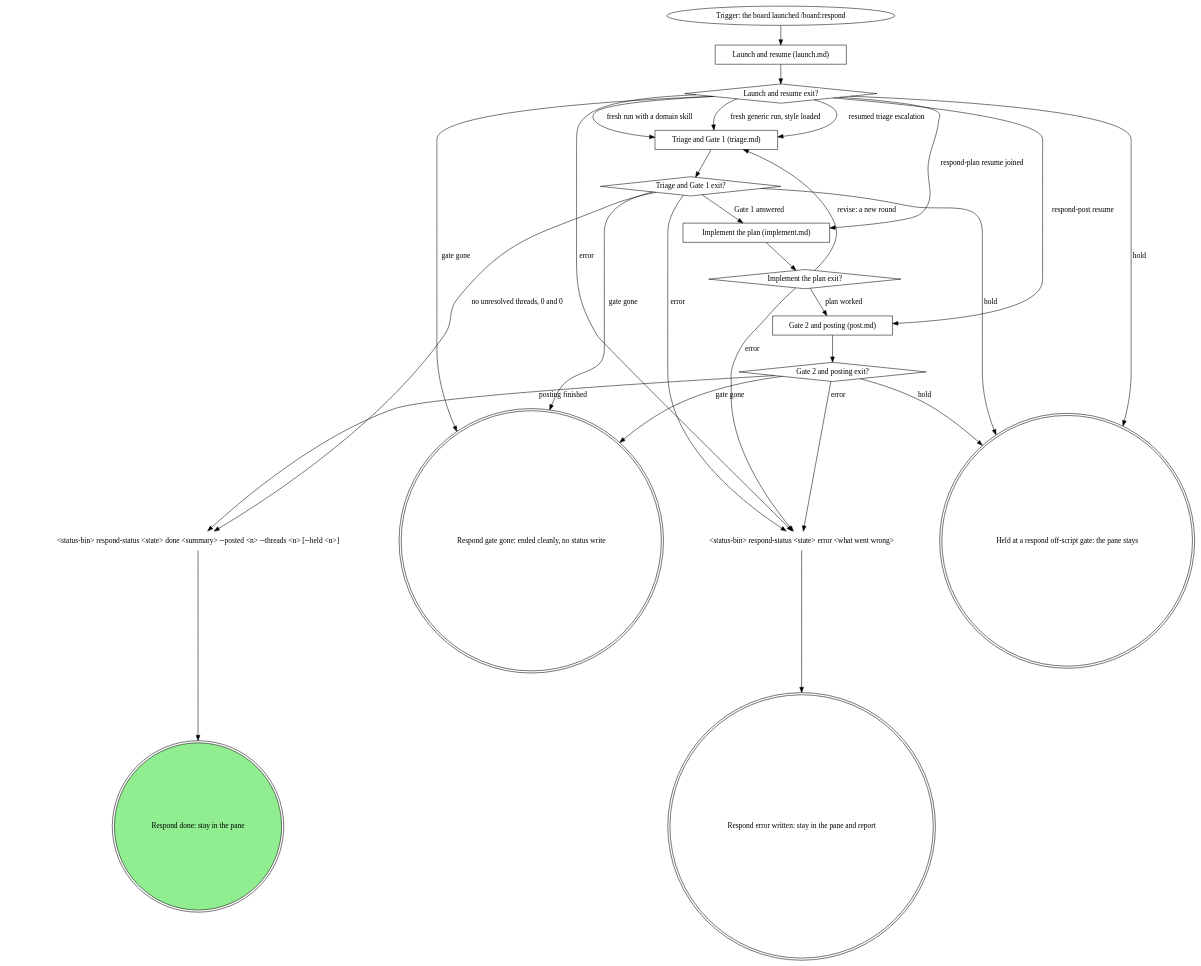
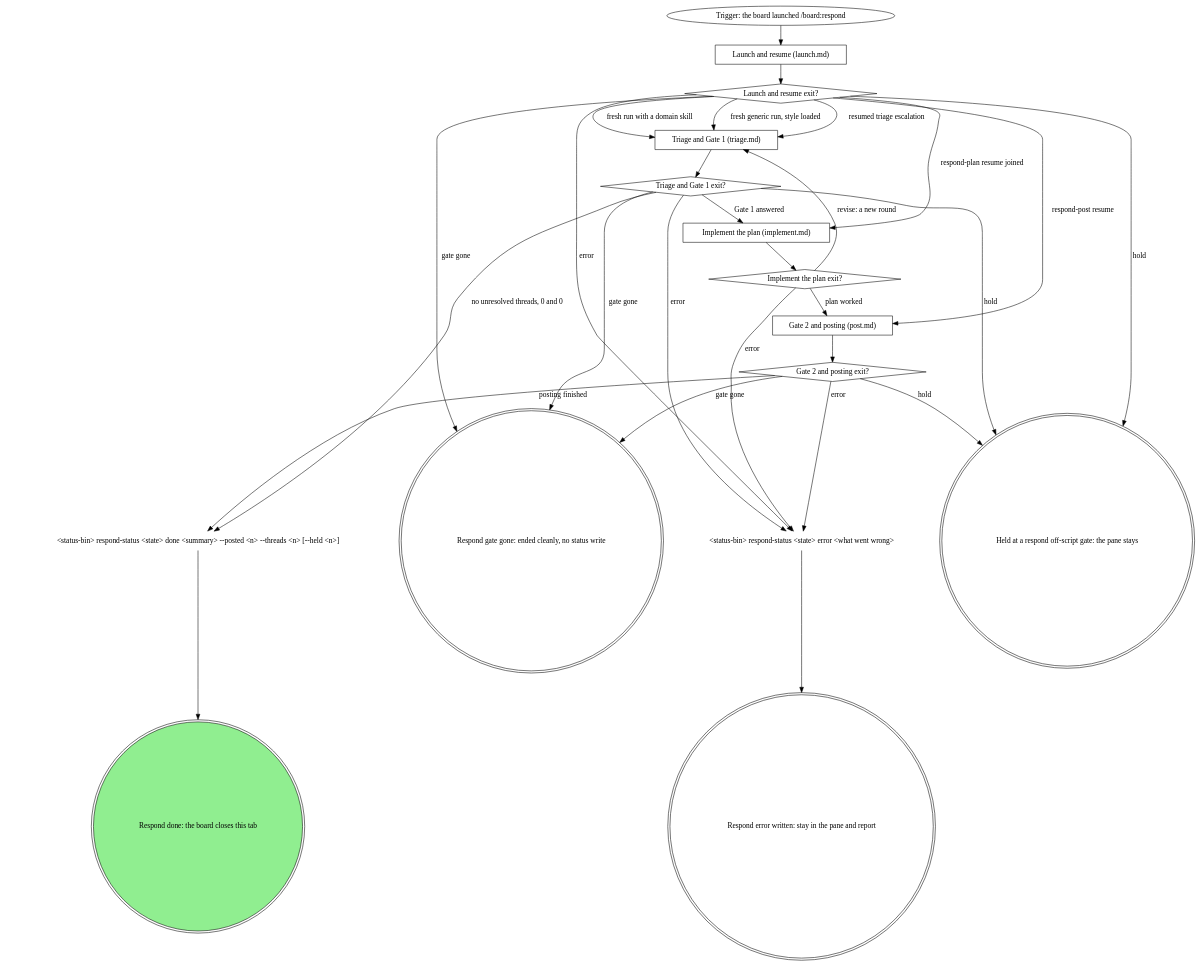
One commit to m4ttstack/mattstack changed the first of 2 diagrams in apps/board/skills-src/respond/SKILL.md. Above: the diagram before and after it, drawn with Graphviz. The commit also changed other lines of this file and 1 other file, not shown here.

First line of the commit message:
board:respond: send the done write alone and last

````diff
--- a/apps/board/skills-src/respond/SKILL.md
+++ b/apps/board/skills-src/respond/SKILL.md
@@ -61,49 +61,49 @@
 ```dot
 digraph respond_map {
     rankdir=TB;
 
     "Trigger: the board launched /board:respond" [shape=ellipse];
     "Launch and resume (launch.md)" [shape=box];
     "Launch and resume exit?" [shape=diamond];
     "Triage and Gate 1 (triage.md)" [shape=box];
     "Triage and Gate 1 exit?" [shape=diamond];
     "Implement the plan (implement.md)" [shape=box];
     "Implement the plan exit?" [shape=diamond];
     "Gate 2 and posting (post.md)" [shape=box];
     "Gate 2 and posting exit?" [shape=diamond];
     "<status-bin> respond-status <state> done <summary> --posted <n> --threads <n> [--held <n>]" [shape=plaintext];
     "<status-bin> respond-status <state> error <what went wrong>" [shape=plaintext];
     "Respond error written: stay in the pane and report" [shape=doublecircle];
     "Respond gate gone: ended cleanly, no status write" [shape=doublecircle];
     "Held at a respond off-script gate: the pane stays" [shape=doublecircle];
-    "Respond done: stay in the pane" [shape=doublecircle style=filled fillcolor=lightgreen];
+    "Respond done: the board closes this tab" [shape=doublecircle style=filled fillcolor=lightgreen];
 
     "Trigger: the board launched /board:respond" -> "Launch and resume (launch.md)";
     "Launch and resume (launch.md)" -> "Launch and resume exit?";
     "Launch and resume exit?" -> "Triage and Gate 1 (triage.md)" [label="fresh run with a domain skill"];
     "Launch and resume exit?" -> "Triage and Gate 1 (triage.md)" [label="fresh generic run, style loaded"];
     "Launch and resume exit?" -> "Implement the plan (implement.md)" [label="respond-plan resume joined"];
     "Launch and resume exit?" -> "Gate 2 and posting (post.md)" [label="respond-post resume"];
     "Launch and resume exit?" -> "Triage and Gate 1 (triage.md)" [label="resumed triage escalation"];
     "Launch and resume exit?" -> "Respond gate gone: ended cleanly, no status write" [label="gate gone"];
     "Launch and resume exit?" -> "<status-bin> respond-status <state> error <what went wrong>" [label="error"];
     "Launch and resume exit?" -> "Held at a respond off-script gate: the pane stays" [label="hold"];
     "Triage and Gate 1 (triage.md)" -> "Triage and Gate 1 exit?";
     "Triage and Gate 1 exit?" -> "Implement the plan (implement.md)" [label="Gate 1 answered"];
     "Triage and Gate 1 exit?" -> "<status-bin> respond-status <state> done <summary> --posted <n> --threads <n> [--held <n>]" [label="no unresolved threads, 0 and 0"];
     "Triage and Gate 1 exit?" -> "<status-bin> respond-status <state> error <what went wrong>" [label="error"];
     "Triage and Gate 1 exit?" -> "Respond gate gone: ended cleanly, no status write" [label="gate gone"];
     "Triage and Gate 1 exit?" -> "Held at a respond off-script gate: the pane stays" [label="hold"];
     "Implement the plan (implement.md)" -> "Implement the plan exit?";
     "Implement the plan exit?" -> "Gate 2 and posting (post.md)" [label="plan worked"];
     "Implement the plan exit?" -> "Triage and Gate 1 (triage.md)" [label="revise: a new round"];
     "Implement the plan exit?" -> "<status-bin> respond-status <state> error <what went wrong>" [label="error"];
     "Gate 2 and posting (post.md)" -> "Gate 2 and posting exit?";
     "Gate 2 and posting exit?" -> "<status-bin> respond-status <state> done <summary> --posted <n> --threads <n> [--held <n>]" [label="posting finished"];
     "Gate 2 and posting exit?" -> "<status-bin> respond-status <state> error <what went wrong>" [label="error"];
     "Gate 2 and posting exit?" -> "Respond gate gone: ended cleanly, no status write" [label="gate gone"];
     "Gate 2 and posting exit?" -> "Held at a respond off-script gate: the pane stays" [label="hold"];
-    "<status-bin> respond-status <state> done <summary> --posted <n> --threads <n> [--held <n>]" -> "Respond done: stay in the pane";
+    "<status-bin> respond-status <state> done <summary> --posted <n> --threads <n> [--held <n>]" -> "Respond done: the board closes this tab";
     "<status-bin> respond-status <state> error <what went wrong>" -> "Respond error written: stay in the pane and report";
 }
 ```
````
